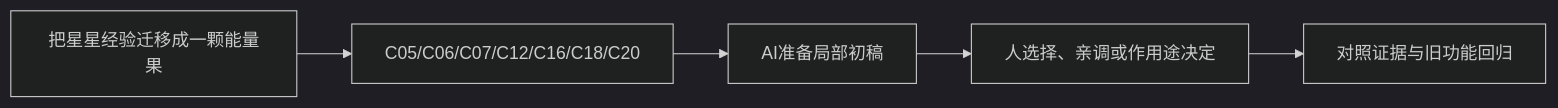
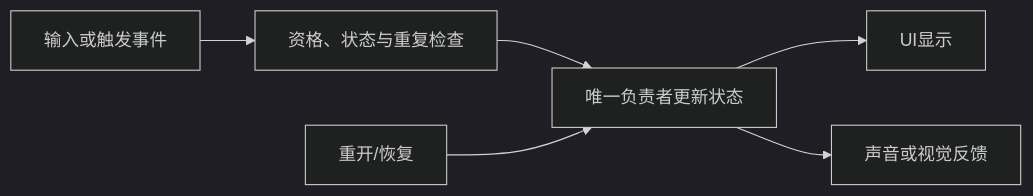
The diagram in curriculum/lessons/B16.md (Zilur/ai-3d-game-learning), drawn with Mermaid (dark theme) before and after one commit. The commit also changed other lines of this file and 164 other files, not shown here.

Commit message:
docs: publish 47 step-by-step AI lesson flows, world upgrade and optional training corner

````diff
--- a/curriculum/lessons/B16.md
+++ b/curriculum/lessons/B16.md
@@ -38,7 +35,8 @@
 ```mermaid
 flowchart LR
-  S["把星星经验迁移成一颗能量果"] --> K["C05/C06/C07/C12/C16/C18/C20"]
-  K --> AI["AI准备局部初稿"]
-  AI --> H["人选择、亲调或作用途决定"]
-  H --> V["对照证据与旧功能回归"]
+ E["输入或触发事件"] --> C["资格、状态与重复检查"]
+ C --> S["唯一负责者更新状态"]
+ S --> U["UI显示"]
+ S --> F["声音或视觉反馈"]
+ R["重开/恢复"] --> S
 ```
````
